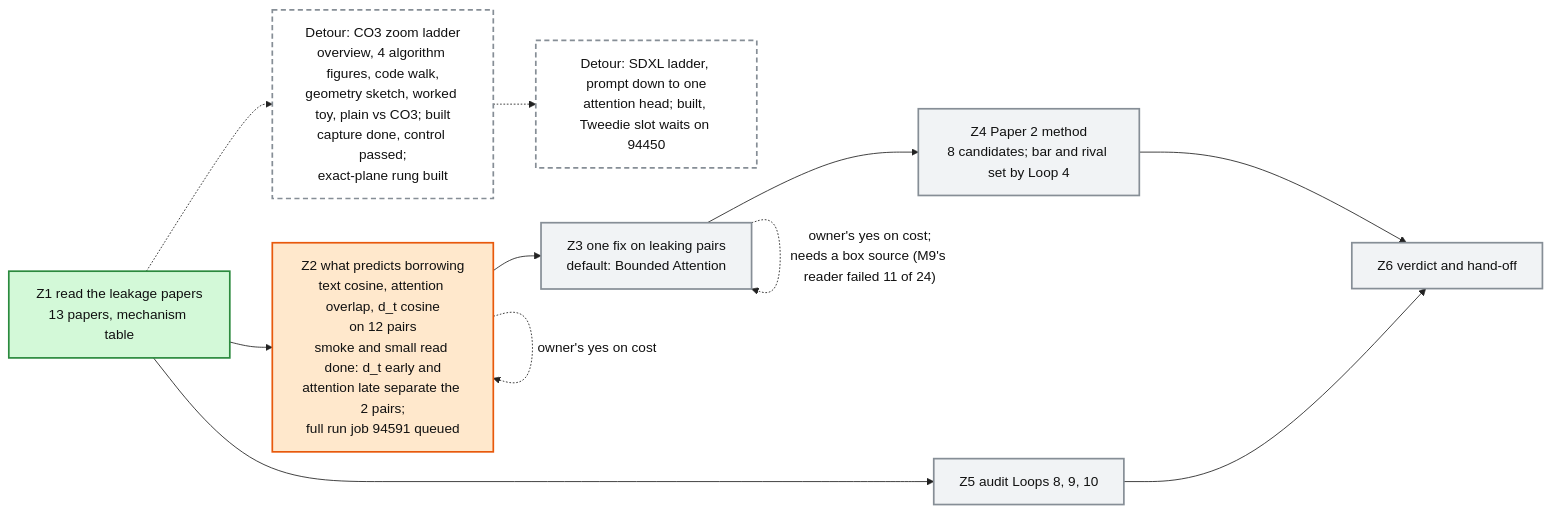
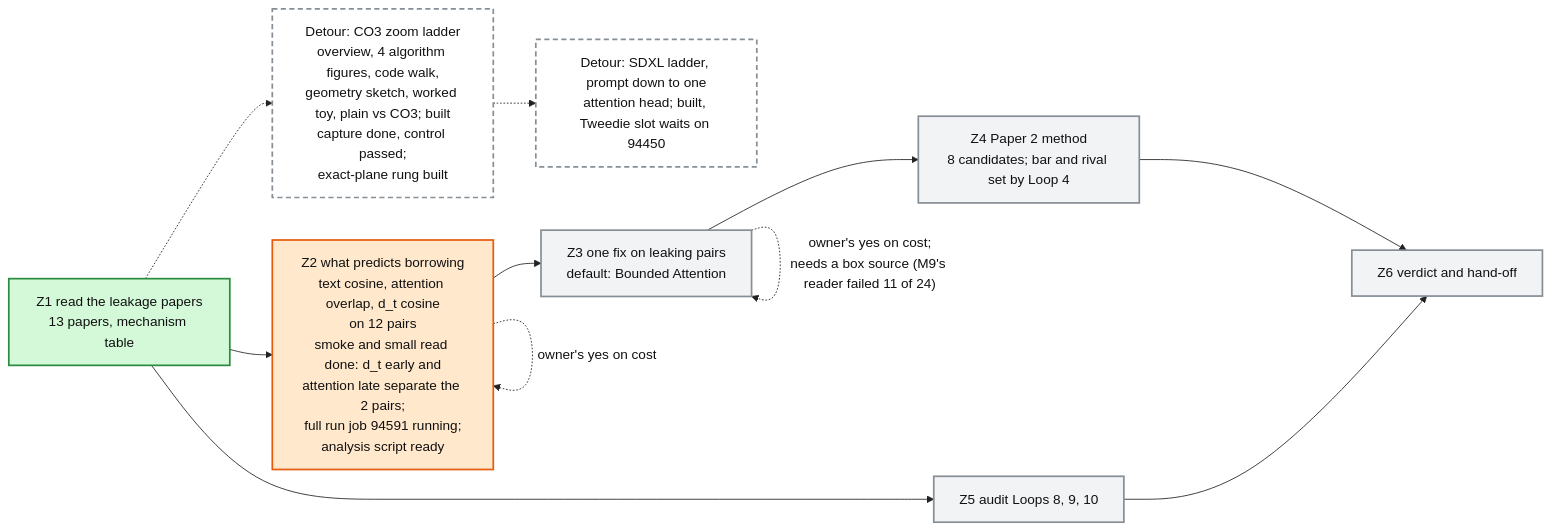
Before and after one commit to mo-rsa24/concept-composition: the diagram in artifacts/notes/progress/leakage/loop-12-progress.mmd, drawn with Mermaid. The commit also changed 1 other file, not shown here.

Commit message:
Loop 12 map: full run running

```diff
--- a/artifacts/notes/progress/leakage/loop-12-progress.mmd
+++ b/artifacts/notes/progress/leakage/loop-12-progress.mmd
@@ -1,20 +1,20 @@
 %%{init: {'theme': 'base', 'themeVariables': {'fontFamily': 'monospace', 'primaryColor': '#ffffff', 'primaryBorderColor': '#222222', 'primaryTextColor': '#111111', 'lineColor': '#222222'}}}%%
 flowchart LR
   Z1["Z1 read the leakage papers<br/>13 papers, mechanism table"]:::done
-  Z2["Z2 what predicts borrowing<br/>text cosine, attention overlap, d_t cosine<br/>on 12 pairs<br/>smoke and small read done: d_t early and<br/>attention late separate the 2 pairs;<br/>full run job 94591 queued"]:::doing
+  Z2["Z2 what predicts borrowing<br/>text cosine, attention overlap, d_t cosine<br/>on 12 pairs<br/>smoke and small read done: d_t early and<br/>attention late separate the 2 pairs;<br/>full run job 94591 running;<br/>analysis script ready"]:::doing
   Z3["Z3 one fix on leaking pairs<br/>default: Bounded Attention"]:::todo
   Z4["Z4 Paper 2 method<br/>8 candidates; bar and rival set by Loop 4"]:::todo
   Z5["Z5 audit Loops 8, 9, 10"]:::todo
   Z6["Z6 verdict and hand-off"]:::todo
   LAD["Detour: CO3 zoom ladder<br/>overview, 4 algorithm figures, code walk,<br/>geometry sketch, worked toy, plain vs CO3; built<br/>capture done, control passed;<br/>exact-plane rung built"]:::detour
   Z1 -.-> LAD
   SDX["Detour: SDXL ladder, prompt down to one<br/>attention head; built, Tweedie slot waits on 94450"]:::detour
   LAD -.-> SDX
   Z1 --> Z2 --> Z3 --> Z4 --> Z6
   Z1 --> Z5 --> Z6
   Z2 -. "owner's yes on cost" .-> Z2
   Z3 -. "owner's yes on cost;<br/>needs a box source (M9's reader failed 11 of 24)" .-> Z3
   classDef done fill:#d3f9d8,stroke:#2b8a3e,stroke-width:2px
   classDef doing fill:#ffe8cc,stroke:#e8590c,stroke-width:2px
   classDef detour fill:#ffffff,stroke:#868e96,stroke-width:2px,stroke-dasharray: 6 4
   classDef todo fill:#f1f3f5,stroke:#868e96,stroke-width:2px
```
